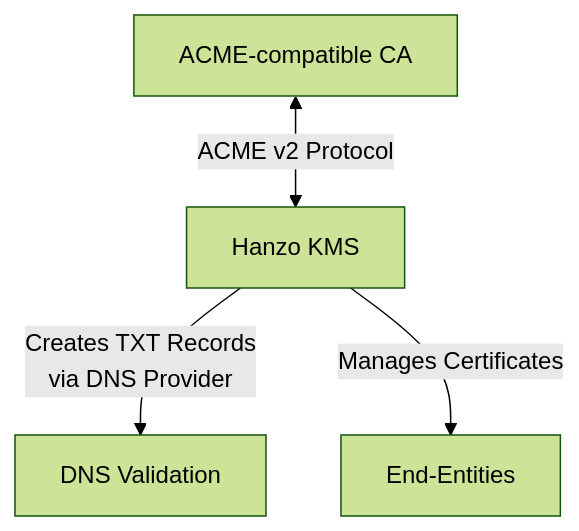
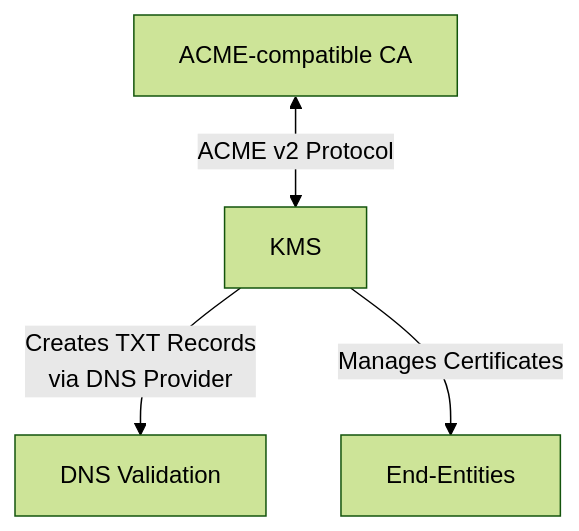
One commit to hanzoai/kms changed the diagram in docs/documentation/platform/pki/ca/acme-ca.mdx. Above: the diagram before and after it, drawn with Mermaid (forest theme). The commit also changed other lines of this file and 855 other files, not shown here.

````diff
--- a/docs/documentation/platform/pki/ca/acme-ca.mdx
+++ b/docs/documentation/platform/pki/ca/acme-ca.mdx
@@ -27,6 +27,6 @@
 ```mermaid
 graph TD
-    A[ACME-compatible CA] <-->|ACME v2 Protocol| B[Hanzo KMS]
+    A[ACME-compatible CA] <-->|ACME v2 Protocol| B[KMS]
     B -->|Creates TXT Records<br>via DNS Provider| C[DNS Validation]
     B -->|Manages Certificates| D[End-Entities]
 ```
````
